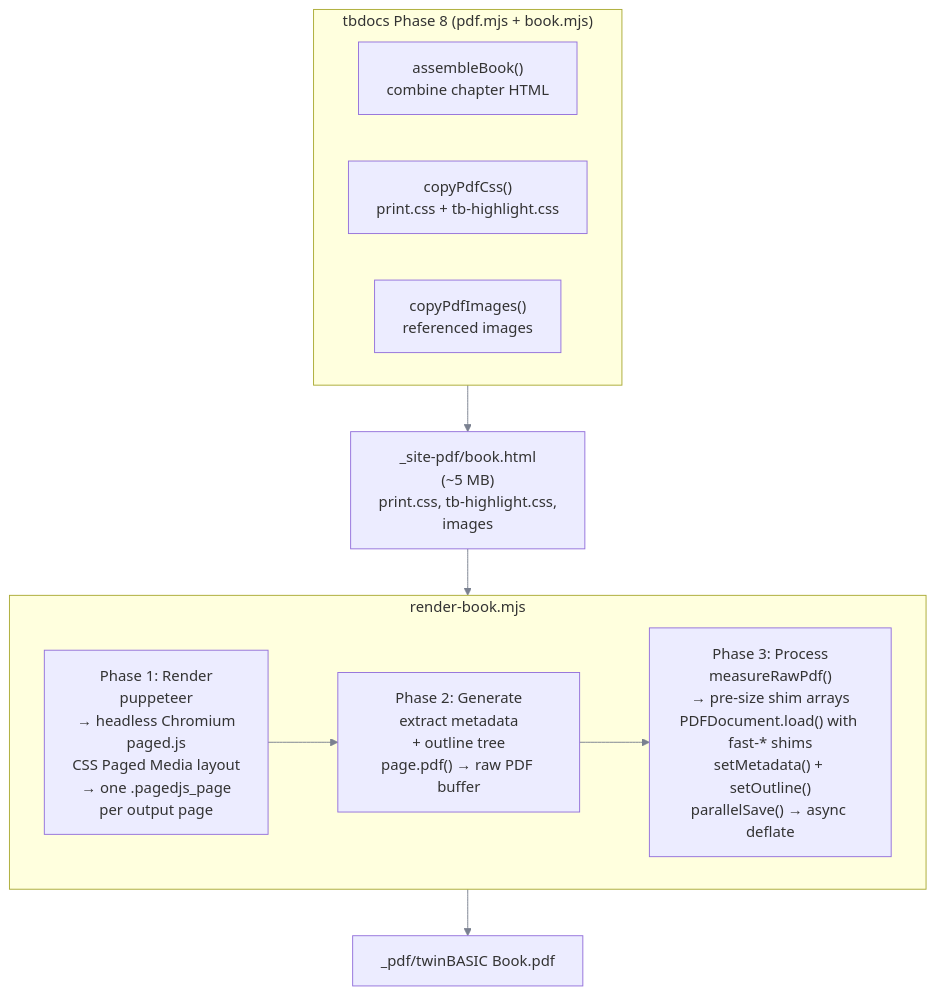
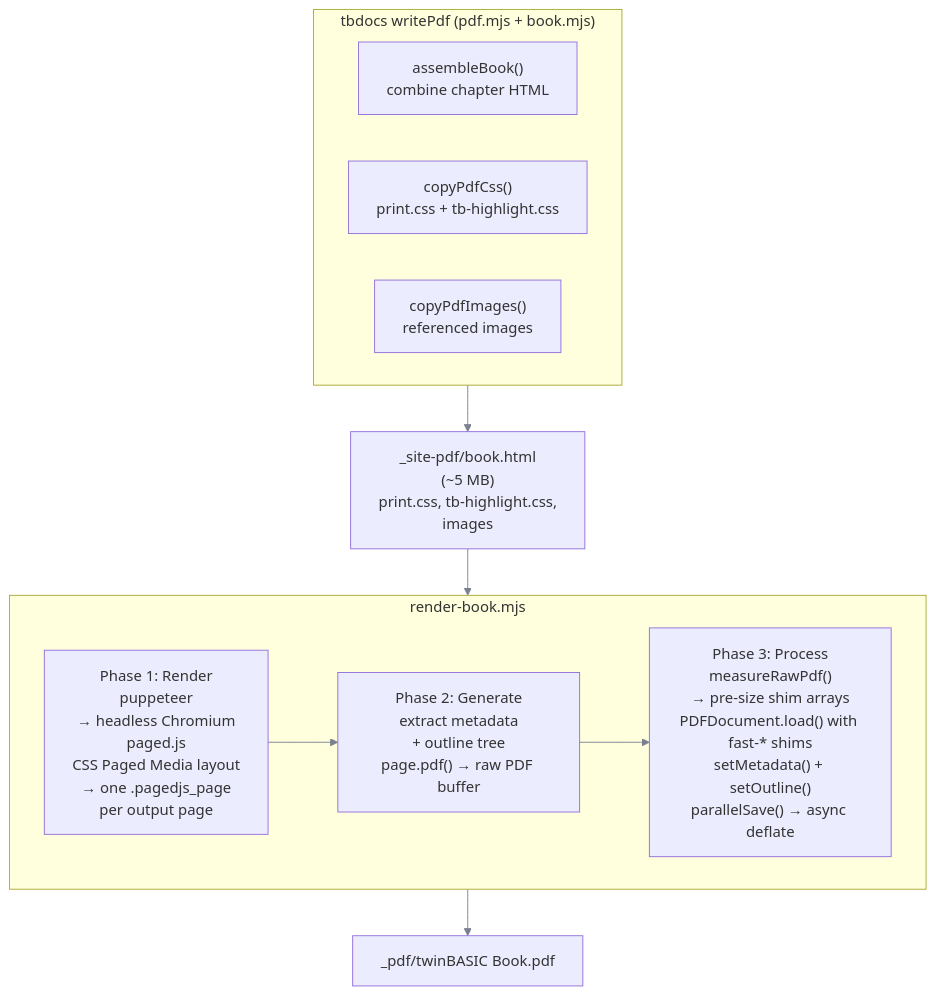
Before and after one commit to twinbasic/documentation: the diagram in docs/assets/images/mmd/pdf-render-pipeline.mmd, drawn with Mermaid. The commit also changed 9 other files, not shown here.

```diff
--- a/docs/assets/images/mmd/pdf-render-pipeline.mmd
+++ b/docs/assets/images/mmd/pdf-render-pipeline.mmd
@@ -1,22 +1,22 @@
 %%{init: {"themeVariables": {"lineColor": "#7a8090"}}}%%
 flowchart TD
-    subgraph PHASE8 ["tbdocs Phase 8 (pdf.mjs + book.mjs)"]
+    subgraph PHASE8 ["tbdocs writePdf (pdf.mjs + book.mjs)"]
 		direction LR
         ASM["assembleBook()<br>combine chapter HTML"]
         CSS["copyPdfCss()<br>print.css + tb-highlight.css"]
         IMG["copyPdfImages()<br>referenced images"]
     end
 
     PHASE8 --> PDFSRC["_site-pdf/book.html<br>(~5 MB)<br>print.css, tb-highlight.css,<br>images"]
 
     PDFSRC --> R1
 
     subgraph RENDER ["render-book.mjs"]
 		direction LR
         R1["Phase 1: Render<br>puppeteer<br>→ headless Chromium<br>paged.js<br>CSS Paged Media layout<br>→ one .pagedjs_page<br>per output page"]
         R2["Phase 2: Generate<br>extract metadata<br>+ outline tree<br>page.pdf() → raw PDF buffer"]
         R3["Phase 3: Process<br>measureRawPdf()<br>→ pre-size shim arrays<br>PDFDocument.load() with fast-* shims<br>setMetadata() + setOutline()<br>parallelSave() → async deflate"]
         R1 --> R2 --> R3
     end
 
     R3 --> PDF["_pdf/twinBASIC Book.pdf"]
```
